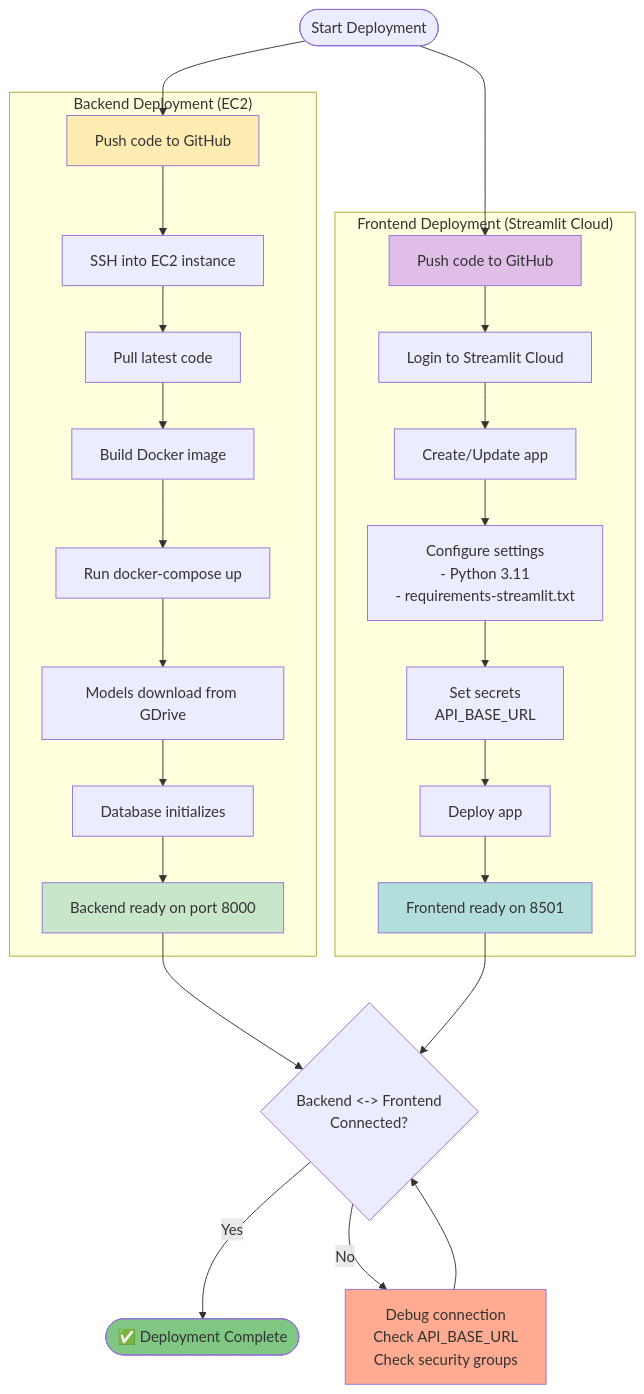
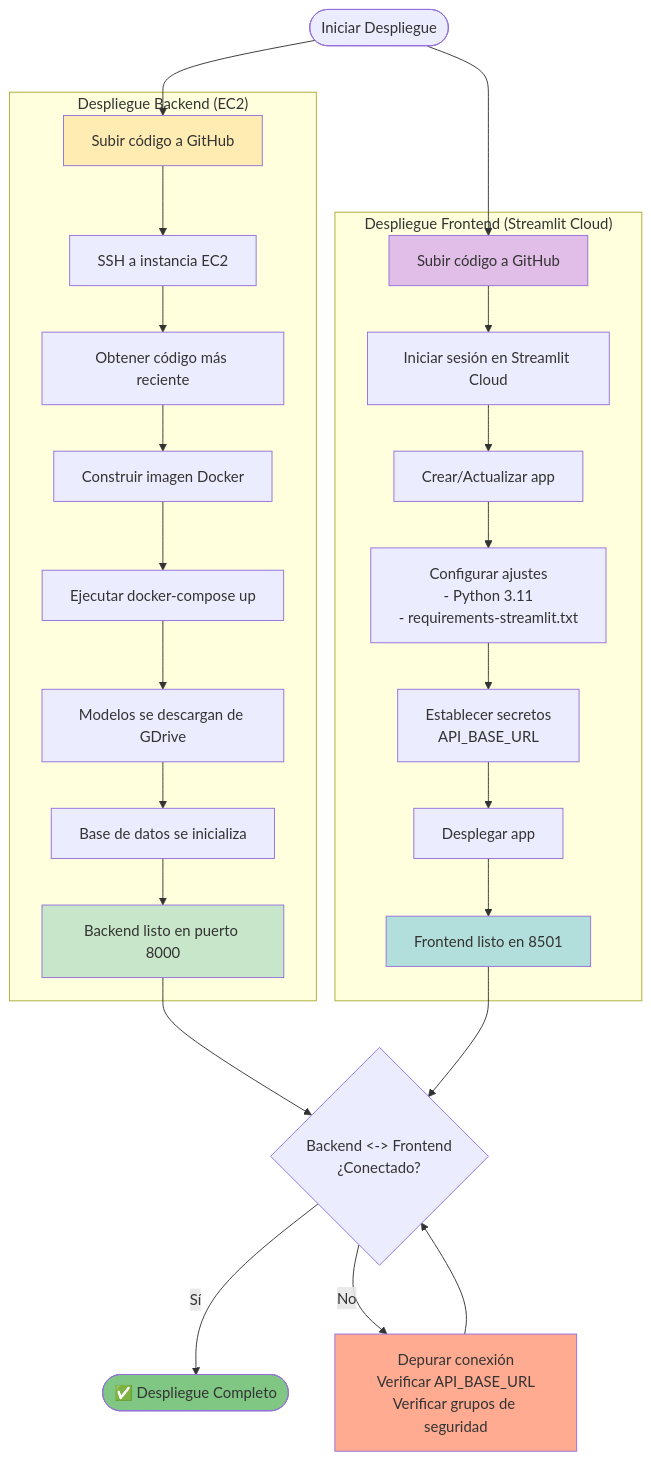
One commit to marioguaqueta/maia-back-proyecto changed the fifth of 7 diagrams in ARCHITECTURE_DIAGRAM.md. Above: the diagram before and after it, drawn with Mermaid. The commit also changed other lines of this file and 5 other files, not shown here.

````diff
--- a/ARCHITECTURE_DIAGRAM.md
+++ b/ARCHITECTURE_DIAGRAM.md
@@ -219,57 +219,57 @@
 ```mermaid
 graph TD
-    Start([Start Deployment])
+    Start([Iniciar Despliegue])
     
-    subgraph "Backend Deployment (EC2)"
-        B1[Push code to GitHub]
-        B2[SSH into EC2 instance]
-        B3[Pull latest code]
-        B4[Build Docker image]
-        B5[Run docker-compose up]
-        B6[Models download from GDrive]
-        B7[Database initializes]
-        B8[Backend ready on port 8000]
+    subgraph "Despliegue Backend (EC2)"
+        B1[Subir código a GitHub]
+        B2[SSH a instancia EC2]
+        B3[Obtener código más reciente]
+        B4[Construir imagen Docker]
+        B5[Ejecutar docker-compose up]
+        B6[Modelos se descargan de GDrive]
+        B7[Base de datos se inicializa]
+        B8[Backend listo en puerto 8000]
     end
     
-    subgraph "Frontend Deployment (Streamlit Cloud)"
-        F1[Push code to GitHub]
-        F2[Login to Streamlit Cloud]
-        F3[Create/Update app]
-        F4[Configure settings<br/>- Python 3.11<br/>- requirements-streamlit.txt]
-        F5[Set secrets<br/>API_BASE_URL]
-        F6[Deploy app]
-        F7[Frontend ready on 8501]
+    subgraph "Despliegue Frontend (Streamlit Cloud)"
+        F1[Subir código a GitHub]
+        F2[Iniciar sesión en Streamlit Cloud]
+        F3[Crear/Actualizar app]
+        F4[Configurar ajustes<br/>- Python 3.11<br/>- requirements-streamlit.txt]
+        F5[Establecer secretos<br/>API_BASE_URL]
+        F6[Desplegar app]
+        F7[Frontend listo en 8501]
     end
     
     Start --> B1
     Start --> F1
     
     B1 --> B2
     B2 --> B3
     B3 --> B4
     B4 --> B5
     B5 --> B6
     B6 --> B7
     B7 --> B8
     
     F1 --> F2
     F2 --> F3
     F3 --> F4
     F4 --> F5
     F5 --> F6
     F6 --> F7
     
-    B8 --> Connected{Backend <-> Frontend<br/>Connected?}
+    B8 --> Connected{Backend <-> Frontend<br/>¿Conectado?}
     F7 --> Connected
     
-    Connected -->|Yes| Success([✅ Deployment Complete])
-    Connected -->|No| Debug[Debug connection<br/>Check API_BASE_URL<br/>Check security groups]
+    Connected -->|Sí| Success([✅ Despliegue Completo])
+    Connected -->|No| Debug[Depurar conexión<br/>Verificar API_BASE_URL<br/>Verificar grupos de seguridad]
     Debug --> Connected
     
     style B1 fill:#ffecb3
     style B8 fill:#c8e6c9
     style F1 fill:#e1bee7
     style F7 fill:#b2dfdb
     style Success fill:#81c784
     style Debug fill:#ffab91
 ```
````
